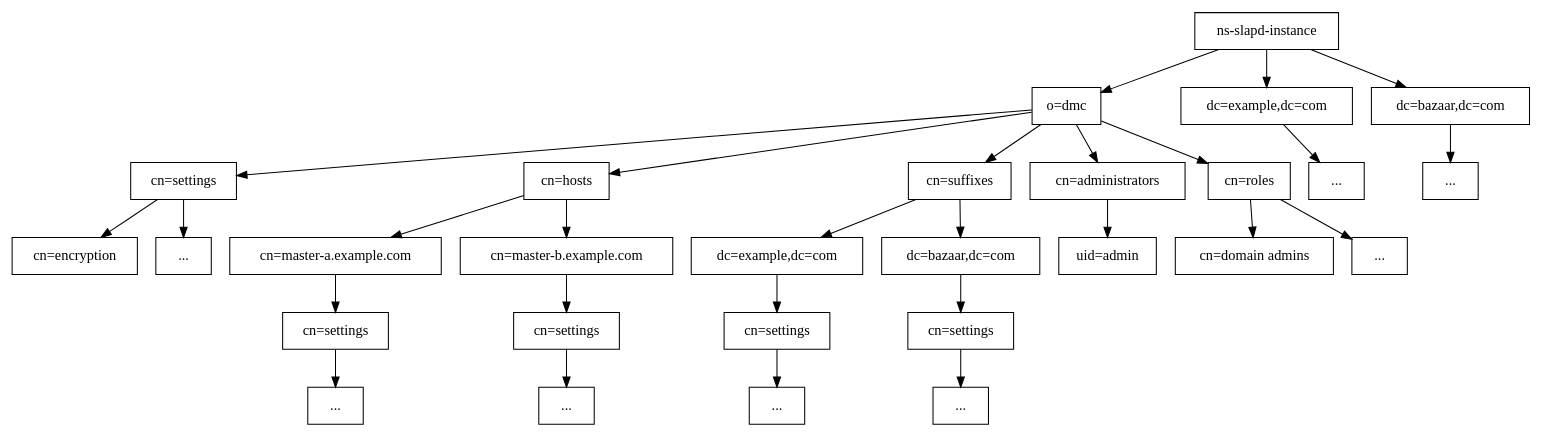
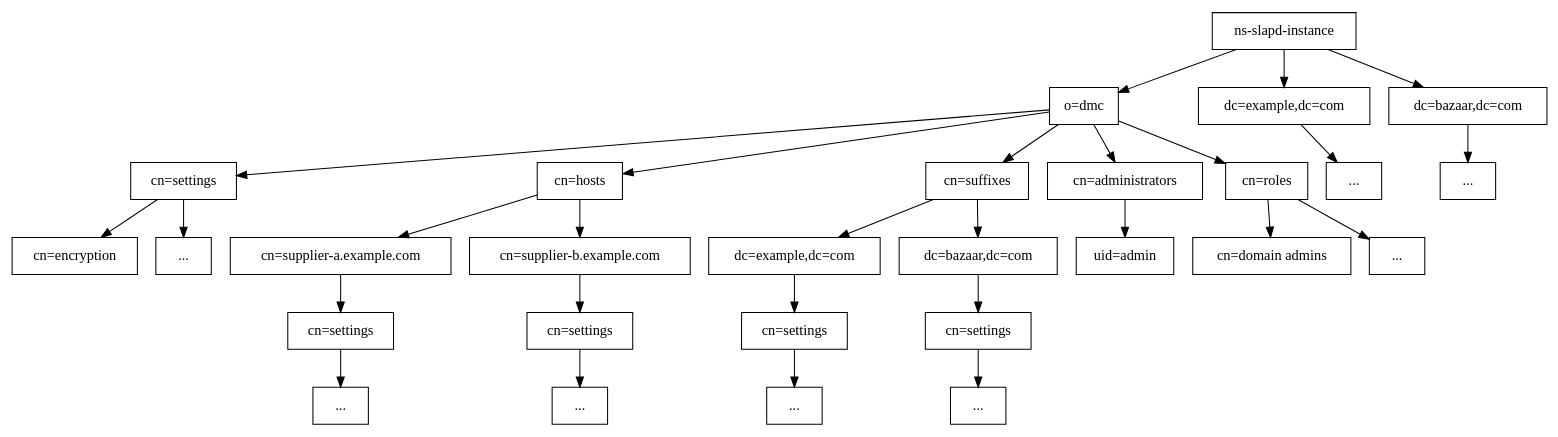
One commit to 389ds/389ds.github.io changed the diagram in images_src/o_dmc_configuration_tree.dot. Above: the diagram before and after it, drawn with Graphviz. The commit also changed 82 other files, not shown here.

```diff
--- a/images_src/o_dmc_configuration_tree.dot
+++ b/images_src/o_dmc_configuration_tree.dot
@@ -1,82 +1,82 @@
 
 // Represent the AST of the filter '(&(objectClass=foo)(cn=bar)(uid=baz))'
 
 digraph ODMC {
     root [label="ns-slapd-instance", shape=record];
 
     o_dmc [label="o=dmc", shape=record];
     dc_example [label="dc=example,dc=com", shape=record];
     dc_bazaar [label="dc=bazaar,dc=com", shape=record];
 
     cn_settings [label="cn=settings", shape=record];
     cn_hosts [label="cn=hosts", shape=record];
     cn_suffixes [label="cn=suffixes", shape=record];
     cn_administrators [label="cn=administrators", shape=record];
     cn_roles [label="cn=roles", shape=record];
 
     cn_encryption [label="cn=encryption", shape=record];
     cn_settings_dot [label="...", shape=record];
 
     cn_dc_example [label="dc=example,dc=com", shape=record];
     cn_dc_bazaar [label="dc=bazaar,dc=com", shape=record];
 
     cn_ex_settings [label="cn=settings", shape=record];
     cn_baz_settings [label="cn=settings", shape=record];
 
     cn_ex_settings_dot [label="...", shape=record];
     cn_baz_settings_dot [label="...", shape=record];
 
-    cn_ma [label="cn=master-a.example.com", shape=record];
-    cn_mb [label="cn=master-b.example.com", shape=record];
+    cn_ma [label="cn=supplier-a.example.com", shape=record];
+    cn_mb [label="cn=supplier-b.example.com", shape=record];
 
     cn_ma_settings [label="cn=settings", shape=record];
     cn_mb_settings [label="cn=settings", shape=record];
 
     cn_ma_settings_dot [label="...", shape=record];
     cn_mb_settings_dot [label="...", shape=record];
 
     dc_ex_dot [label="...", shape=record];
     dc_baz_dot [label="...", shape=record];
 
     uid_admin [label="uid=admin", shape=record];
     cn_domain_admins [label="cn=domain admins", shape=record];
     cn_roles_dot [label="...", shape=record];
 
     root -> o_dmc;
     o_dmc -> cn_settings;
     o_dmc -> cn_hosts;
     o_dmc -> cn_suffixes;
     o_dmc -> cn_administrators;
     o_dmc -> cn_roles;
 
     cn_administrators -> uid_admin;
     cn_roles -> cn_domain_admins;
     cn_roles -> cn_roles_dot;
 
     cn_settings -> cn_encryption;
     cn_settings -> cn_settings_dot;
 
     cn_hosts -> cn_ma;
     cn_hosts -> cn_mb;
 
     cn_ma -> cn_ma_settings;
     cn_mb -> cn_mb_settings;
     
     cn_ma_settings -> cn_ma_settings_dot;
     cn_mb_settings -> cn_mb_settings_dot;
 
     cn_suffixes -> cn_dc_example;
     cn_suffixes -> cn_dc_bazaar;
 
     cn_dc_example -> cn_ex_settings;
     cn_dc_bazaar -> cn_baz_settings;
 
     cn_ex_settings -> cn_ex_settings_dot;
     cn_baz_settings -> cn_baz_settings_dot;
 
     root -> dc_example;
     dc_example -> dc_ex_dot;
 
     root -> dc_bazaar;
     dc_bazaar -> dc_baz_dot;
 }
```
